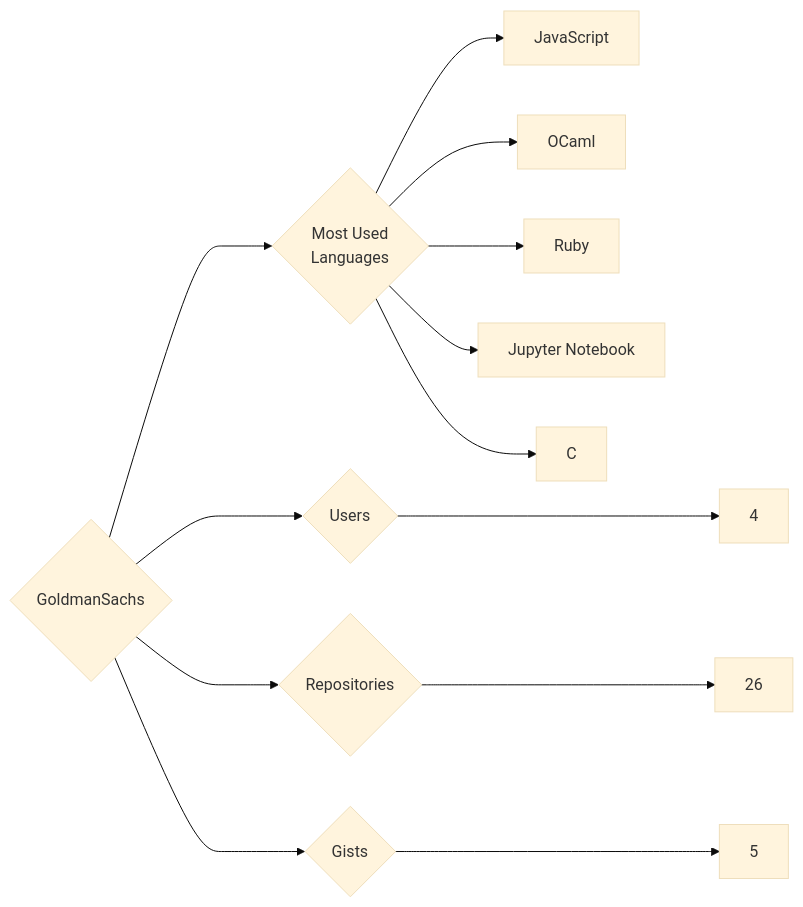
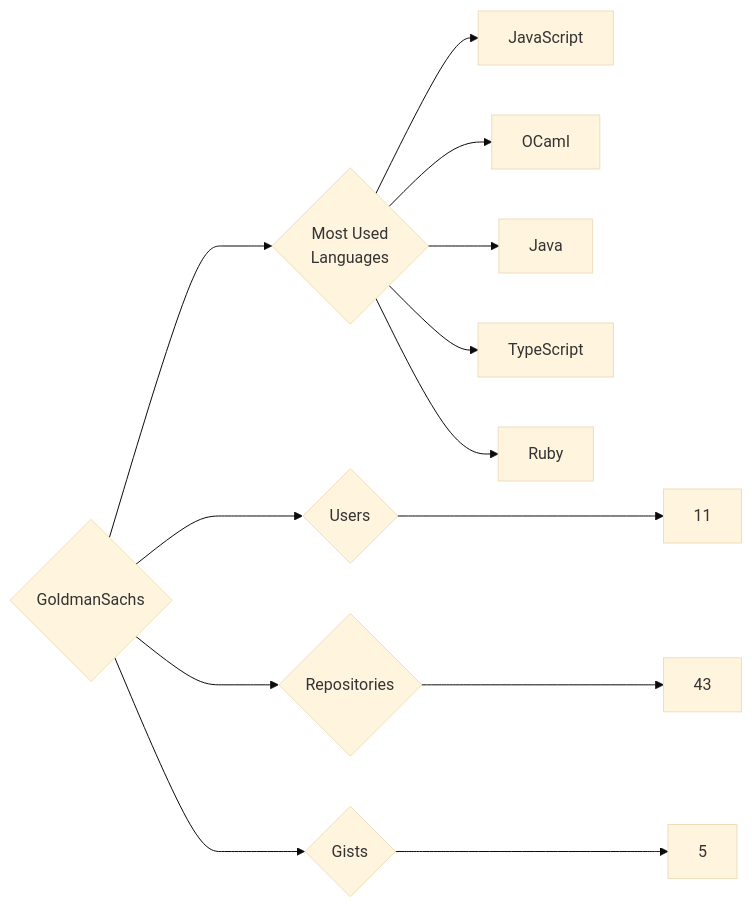
Before and after one commit to trickest/insiders: the diagram in targets/GoldmanSachs/README.md, drawn with Mermaid (base theme). The commit also changed 914 other files, not shown here.

````diff
--- a/targets/GoldmanSachs/README.md
+++ b/targets/GoldmanSachs/README.md
@@ -3,13 +3,13 @@
 ```mermaid
 graph LR
 COMPANY_NAME{GoldmanSachs}
-COMPANY_NAME ---> U{Users} ---> UN[4]
-COMPANY_NAME ---> R{Repositories} ---> RN[26]
+COMPANY_NAME ---> U{Users} ---> UN[11]
+COMPANY_NAME ---> R{Repositories} ---> RN[43]
 COMPANY_NAME ---> G{Gists} ---> GN[5]
 COMPANY_NAME ---> ML{Most Used<br>Languages}
 ML --> JavaScript[JavaScript]
 ML --> OCaml[OCaml]
+ML --> Java[Java]
+ML --> TypeScript[TypeScript]
 ML --> Ruby[Ruby]
-ML --> Jupyter_Notebook[Jupyter Notebook]
-ML --> C[C]
 ```
````
